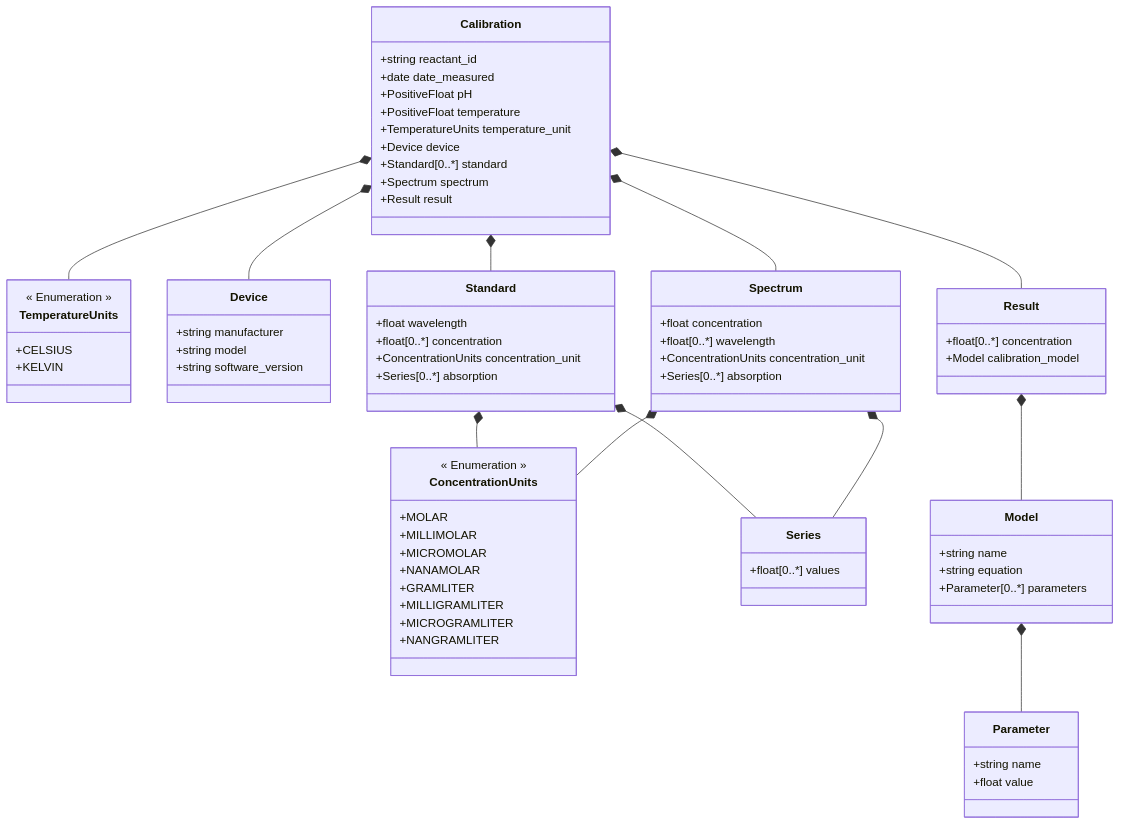
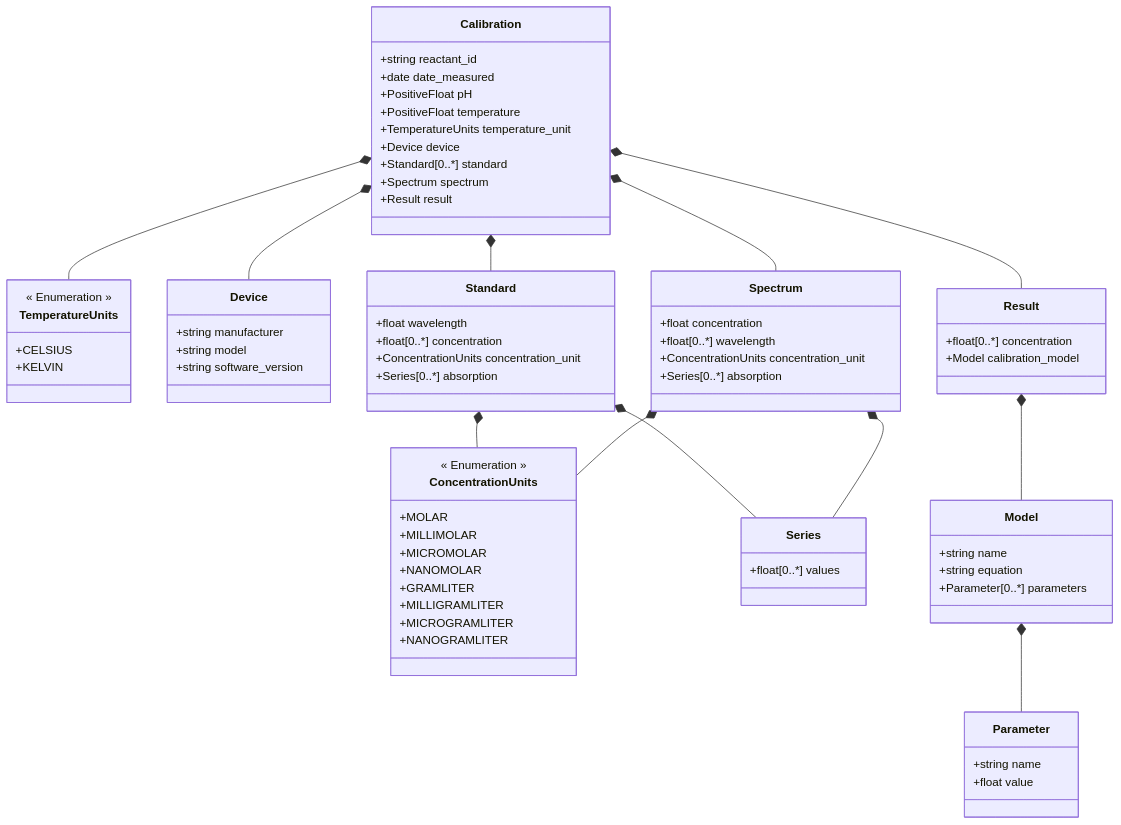
One commit to FAIRChemistry/datamodel_calibration changed the diagram in CaliPytion/schemes/calipytion_schema.md. Above: the diagram before and after it, drawn with Mermaid. The commit also changed 13 other files, not shown here.

````diff
--- a/CaliPytion/schemes/calipytion_schema.md
+++ b/CaliPytion/schemes/calipytion_schema.md
@@ -75,11 +75,11 @@
         +MOLAR
         +MILLIMOLAR
         +MICROMOLAR
-        +NANAMOLAR
+        +NANOMOLAR
         +GRAMLITER
         +MILLIGRAMLITER
         +MICROGRAMLITER
-        +NANGRAMLITER
+        +NANOGRAMLITER
     }
     
 ```
````
